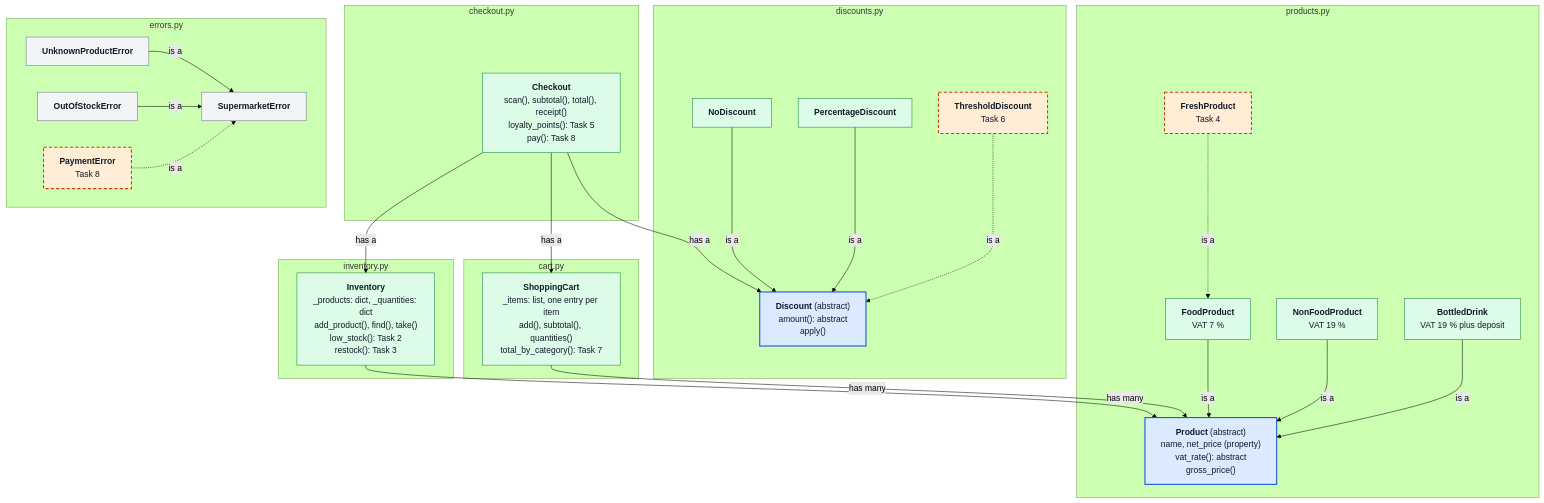
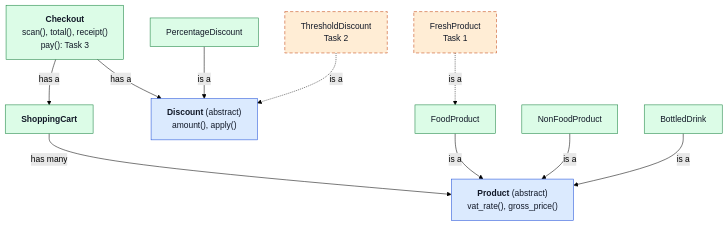
The diagram in sessions/02-software-engineering/supermarket-challenge/README.md (khoadaniel/statistical-programming-mpmd-htw-ws-2026), drawn with Mermaid (forest theme) before and after one commit. The commit also changed other lines of this file and 44 other files, not shown here.

````diff
--- a/sessions/02-software-engineering/supermarket-challenge/README.md
+++ b/sessions/02-software-engineering/supermarket-challenge/README.md
@@ -131,64 +64,30 @@
 ```mermaid
 flowchart TB
-    subgraph checkout_py["checkout.py"]
-        Checkout["<b>Checkout</b><br/>scan(), subtotal(), total(), receipt()<br/>loyalty_points(): Task 5<br/>pay(): Task 8"]
-    end
+    Checkout["<b>Checkout</b><br/>scan(), total(), receipt()<br/>pay(): Task 3"]
+    Cart["<b>ShoppingCart</b>"]
+    Discount["<b>Discount</b> (abstract)<br/>amount(), apply()"]
+    Product["<b>Product</b> (abstract)<br/>vat_rate(), gross_price()"]
+    Food["FoodProduct"]
+    NonFood["NonFoodProduct"]
+    Drink["BottledDrink"]
+    Fresh["FreshProduct<br/>Task 1"]
+    Percent["PercentageDiscount"]
+    Threshold["ThresholdDiscount<br/>Task 2"]
 
-    subgraph inventory_py["inventory.py"]
-        Inventory["<b>Inventory</b><br/>_products: dict, _quantities: dict<br/>add_product(), find(), take()<br/>low_stock(): Task 2<br/>restock(): Task 3"]
-    end
+    Checkout -->|has a| Cart
+    Checkout -->|has a| Discount
+    Cart -->|has many| Product
+    Food -->|is a| Product
+    NonFood -->|is a| Product
+    Drink -->|is a| Product
+    Fresh -.->|is a| Food
+    Percent -->|is a| Discount
+    Threshold -.->|is a| Discount
 
-    subgraph cart_py["cart.py"]
-        ShoppingCart["<b>ShoppingCart</b><br/>_items: list, one entry per item<br/>add(), subtotal(), quantities()<br/>total_by_category(): Task 7"]
-    end
-
-    subgraph discounts_py["discounts.py"]
-        Discount["<b>Discount</b> (abstract)<br/>amount(): abstract<br/>apply()"]
-        NoDiscount["<b>NoDiscount</b>"]
-        PercentageDiscount["<b>PercentageDiscount</b>"]
-        ThresholdDiscount["<b>ThresholdDiscount</b><br/>Task 6"]
-    end
-
-    subgraph products_py["products.py"]
-        Product["<b>Product</b> (abstract)<br/>name, net_price (property)<br/>vat_rate(): abstract<br/>gross_price()"]
-        FoodProduct["<b>FoodProduct</b><br/>VAT 7 %"]
-        NonFoodProduct["<b>NonFoodProduct</b><br/>VAT 19 %"]
-        BottledDrink["<b>BottledDrink</b><br/>VAT 19 % plus deposit"]
-        FreshProduct["<b>FreshProduct</b><br/>Task 4"]
-    end
-
-    subgraph errors_py["errors.py"]
-        SupermarketError["<b>SupermarketError</b>"]
-        UnknownProductError["<b>UnknownProductError</b>"]
-        OutOfStockError["<b>OutOfStockError</b>"]
-        PaymentError["<b>PaymentError</b><br/>Task 8"]
-    end
-
-    Checkout -->|has a| Inventory
-    Checkout -->|has a| ShoppingCart
-    Checkout -->|has a| Discount
-    ShoppingCart -->|has many| Product
-    Inventory -->|has many| Product
-
-    NoDiscount -->|is a| Discount
-    PercentageDiscount -->|is a| Discount
-    ThresholdDiscount -.->|is a| Discount
-
-    FoodProduct -->|is a| Product
-    NonFoodProduct -->|is a| Product
-    BottledDrink -->|is a| Product
-    FreshProduct -.->|is a| FoodProduct
-
-    UnknownProductError -->|is a| SupermarketError
-    OutOfStockError -->|is a| SupermarketError
-    PaymentError -.->|is a| SupermarketError
-
-    classDef abstract fill:#dbeafe,stroke:#1d4ed8,stroke-width:2px,color:#111827
+    classDef abstract fill:#dbeafe,stroke:#1d4ed8,color:#111827
     classDef done fill:#dcfce7,stroke:#15803d,color:#111827
-    classDef task fill:#ffedd5,stroke:#c2410c,stroke-width:2px,stroke-dasharray:6 4,color:#111827
-    classDef error fill:#f3f4f6,stroke:#6b7280,color:#111827
+    classDef task fill:#ffedd5,stroke:#c2410c,stroke-dasharray:6 4,color:#111827
     class Product,Discount abstract
-    class Checkout,Inventory,ShoppingCart,NoDiscount,PercentageDiscount,FoodProduct,NonFoodProduct,BottledDrink done
-    class FreshProduct,ThresholdDiscount,PaymentError task
-    class SupermarketError,UnknownProductError,OutOfStockError error
+    class Checkout,Cart,Food,NonFood,Drink,Percent done
+    class Fresh,Threshold task
 ```
````
